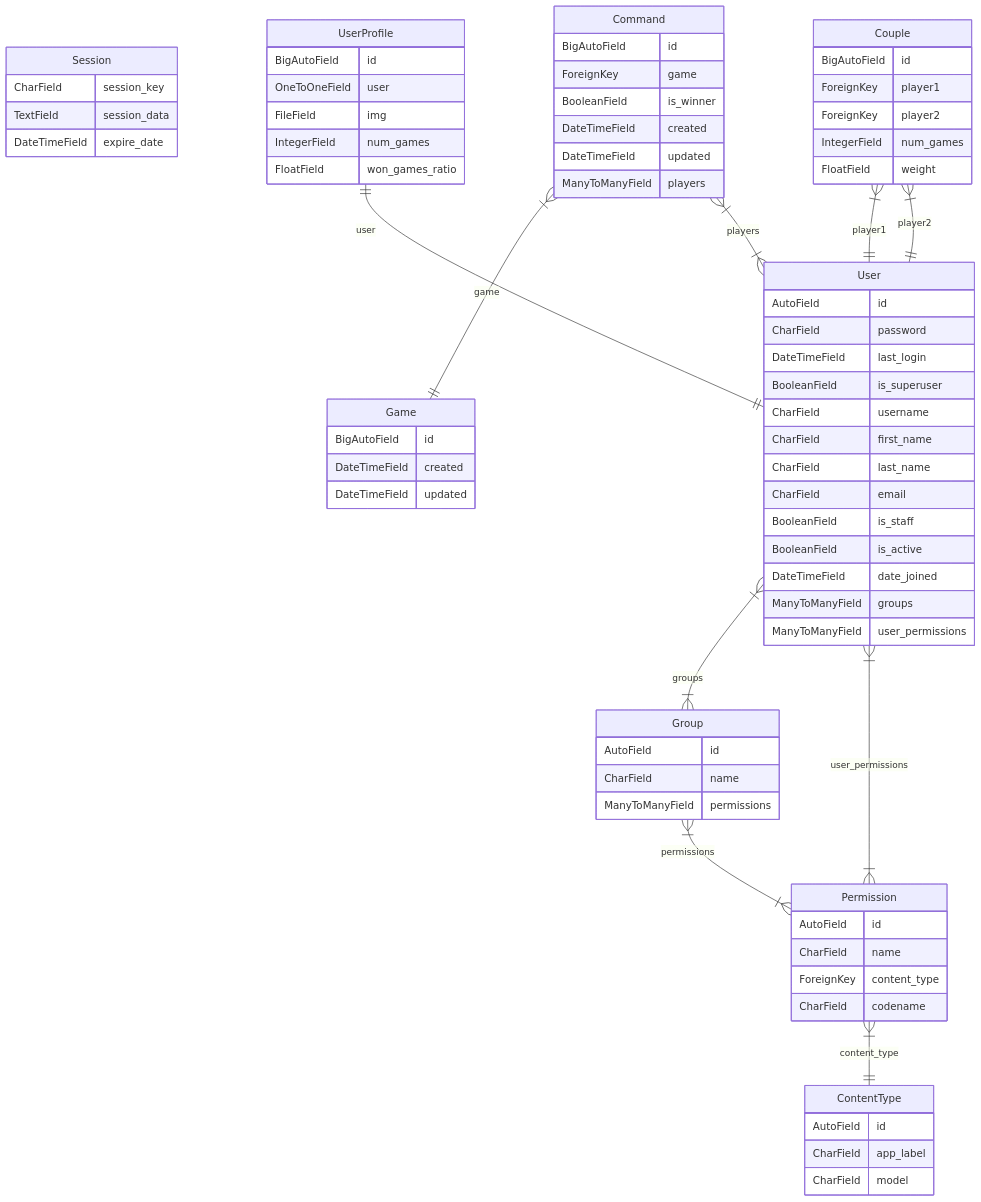
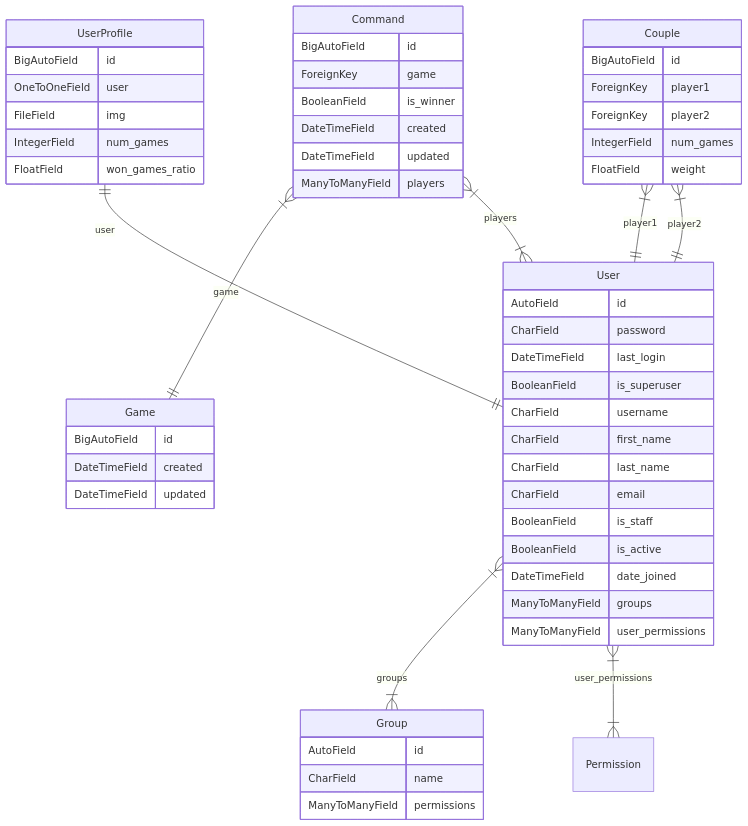
One commit to an-2-an/data changed the diagram in diagram.md. Above: the diagram before and after it, drawn with Mermaid.

````diff
--- a/diagram.md
+++ b/diagram.md
@@ -1,78 +1,60 @@
 ```mermaid
 ---
 Django ER Diagram
 ---
 erDiagram
-Permission {
-    AutoField id
-    CharField name
-    ForeignKey content_type
-    CharField codename
-}
 Group {
     AutoField id
     CharField name
     ManyToManyField permissions
 }
 User {
     AutoField id
     CharField password
     DateTimeField last_login
     BooleanField is_superuser
     CharField username
     CharField first_name
     CharField last_name
     CharField email
     BooleanField is_staff
     BooleanField is_active
     DateTimeField date_joined
     ManyToManyField groups
     ManyToManyField user_permissions
-}
-ContentType {
-    AutoField id
-    CharField app_label
-    CharField model
-}
-Session {
-    CharField session_key
-    TextField session_data
-    DateTimeField expire_date
 }
 UserProfile {
     BigAutoField id
     OneToOneField user
     FileField img
     IntegerField num_games
     FloatField won_games_ratio
 }
 Command {
     BigAutoField id
     ForeignKey game
     BooleanField is_winner
     DateTimeField created
     DateTimeField updated
     ManyToManyField players
 }
 Game {
     BigAutoField id
     DateTimeField created
     DateTimeField updated
 }
 Couple {
     BigAutoField id
     ForeignKey player1
     ForeignKey player2
     IntegerField num_games
     FloatField weight
 }
-Permission }|--|| ContentType : content_type
-Group }|--|{ Permission : permissions
 User }|--|{ Group : groups
 User }|--|{ Permission : user_permissions
 UserProfile ||--|| User : user
 Command }|--|| Game : game
 Command }|--|{ User : players
 Couple }|--|| User : player1
 Couple }|--|| User : player2
 ```
````
